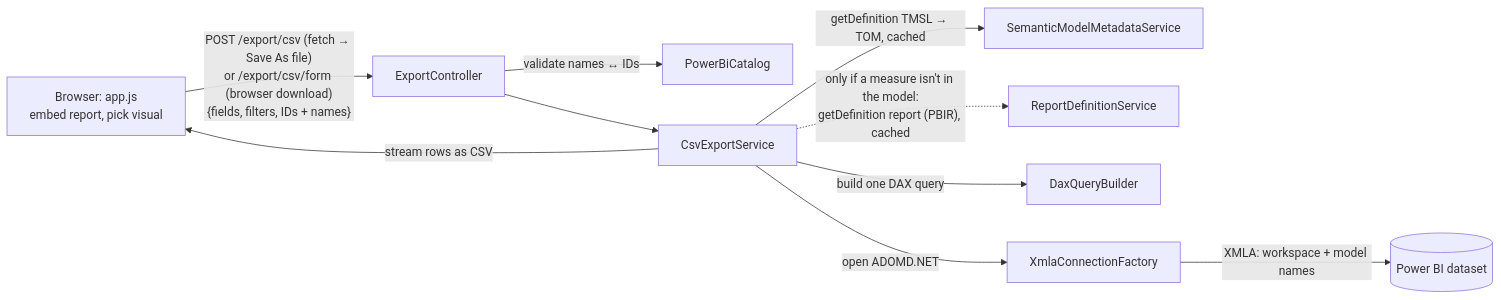
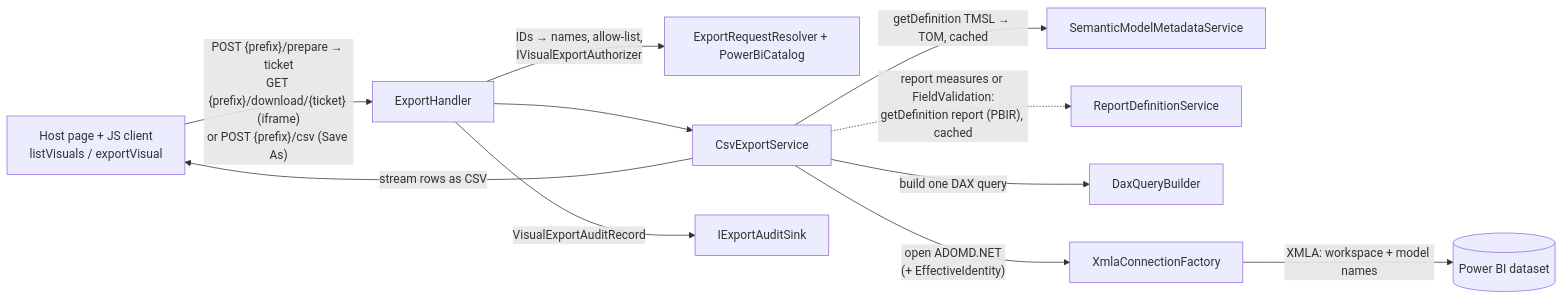
The diagram in .github/copilot-instructions.md (dbrownems/PbiVisualExport), drawn with Mermaid before and after one commit. The commit also changed other lines of this file and 3 other files, not shown here.

````diff
--- a/.github/copilot-instructions.md
+++ b/.github/copilot-instructions.md
@@ -171,12 +207,13 @@
 ```mermaid
 flowchart LR
-    A[Browser: app.js<br/>embed report, pick visual] -->|"POST /export/csv (fetch → Save As file)<br/>or /export/csv/form (browser download)<br/>{fields, filters, IDs + names}"| B[ExportController]
-    B -->|validate names ↔ IDs| P[PowerBiCatalog]
+    A["Host page + JS client<br/>listVisuals / exportVisual"] -->|"POST {prefix}/prepare → ticket<br/>GET {prefix}/download/{ticket} (iframe)<br/>or POST {prefix}/csv (Save As)"| B[ExportHandler]
+    B -->|"IDs → names, allow-list,<br/>IVisualExportAuthorizer"| P[ExportRequestResolver + PowerBiCatalog]
     B --> C[CsvExportService]
     C -->|getDefinition TMSL → TOM, cached| D[SemanticModelMetadataService]
-    C -.->|"only if a measure isn't in the model:<br/>getDefinition report (PBIR), cached"| R[ReportDefinitionService]
+    C -.->|"report measures or FieldValidation:<br/>getDefinition report (PBIR), cached"| R[ReportDefinitionService]
     C -->|build one DAX query| E[DaxQueryBuilder]
-    C -->|open ADOMD.NET| F[XmlaConnectionFactory]
+    C -->|"open ADOMD.NET<br/>(+ EffectiveIdentity)"| F[XmlaConnectionFactory]
     F -->|XMLA: workspace + model names| G[(Power BI dataset)]
     C -->|stream rows as CSV| A
+    B -->|VisualExportAuditRecord| S[IExportAuditSink]
 ```
````
